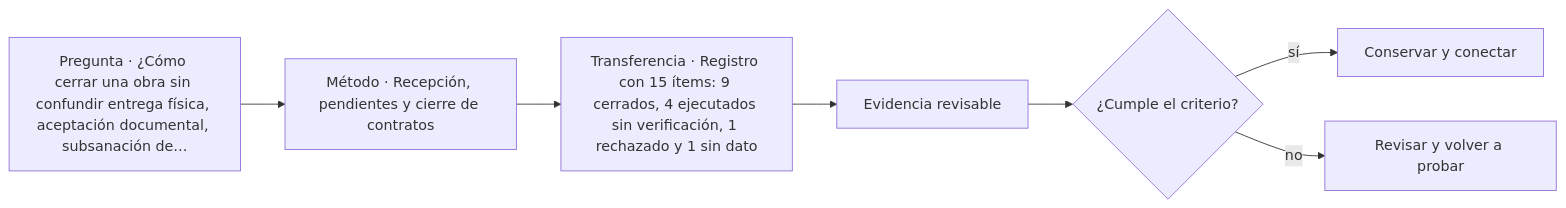
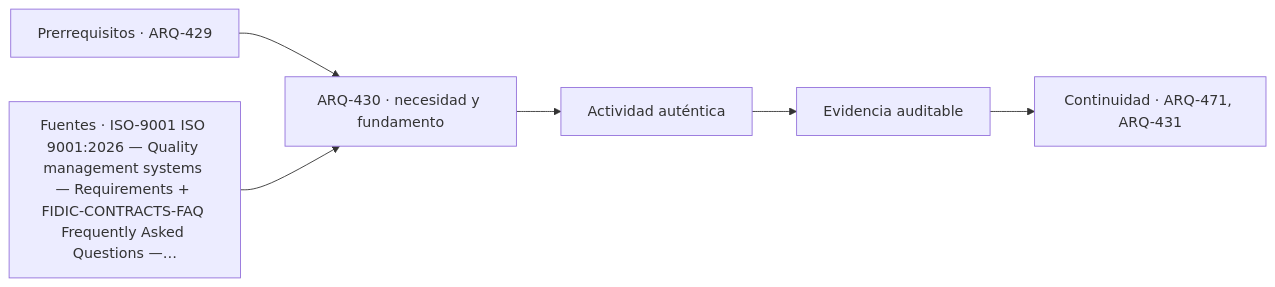
One commit to vladimiracunadev-create/architecture-built-environment-learning-program changed the diagram in classes/parte-43/ARQ-430.md. Above: the diagram before and after it, drawn with Mermaid. The commit also changed other lines of this file and 761 other files, not shown here.

````diff
--- a/classes/parte-43/ARQ-430.md
+++ b/classes/parte-43/ARQ-430.md
@@ -75,9 +87,8 @@
 ```mermaid
 flowchart LR
-    Q["Pregunta · ¿Cómo cerrar una obra sin confundir entrega física, aceptación documental, subsanación de…"] --> M["Método · Recepción, pendientes y cierre de contratos"]
-    M --> P["Transferencia · Registro con 15 ítems: 9 cerrados, 4 ejecutados sin verificación, 1 rechazado y 1 sin dato"]
-    P --> E["Evidencia revisable"]
-    E --> C{"¿Cumple el criterio?"}
-    C -->|sí| T["Conservar y conectar"]
-    C -->|no| R["Revisar y volver a probar"]
+    A["Prerrequisitos · ARQ-429"] --> B["ARQ-430 · necesidad y fundamento"]
+    S["Fuentes · ISO-9001 ISO 9001:2026 — Quality management systems — Requirements + FIDIC-CONTRACTS-FAQ Frequently Asked Questions —…"] --> B
+    B --> C["Actividad auténtica"]
+    C --> D["Evidencia auditable"]
+    D --> E["Continuidad · ARQ-471, ARQ-431"]
 ```
````
